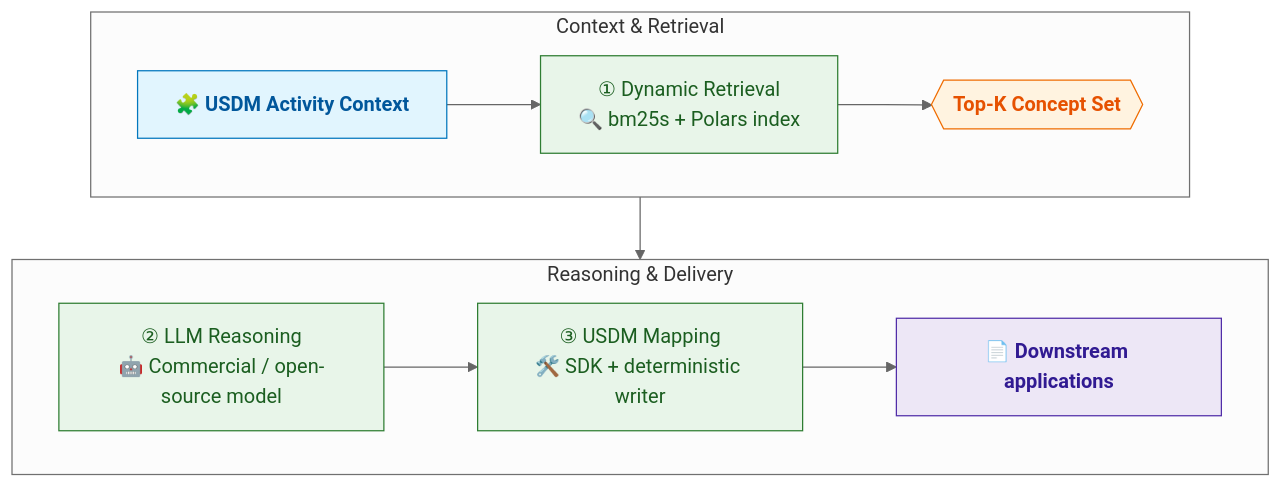
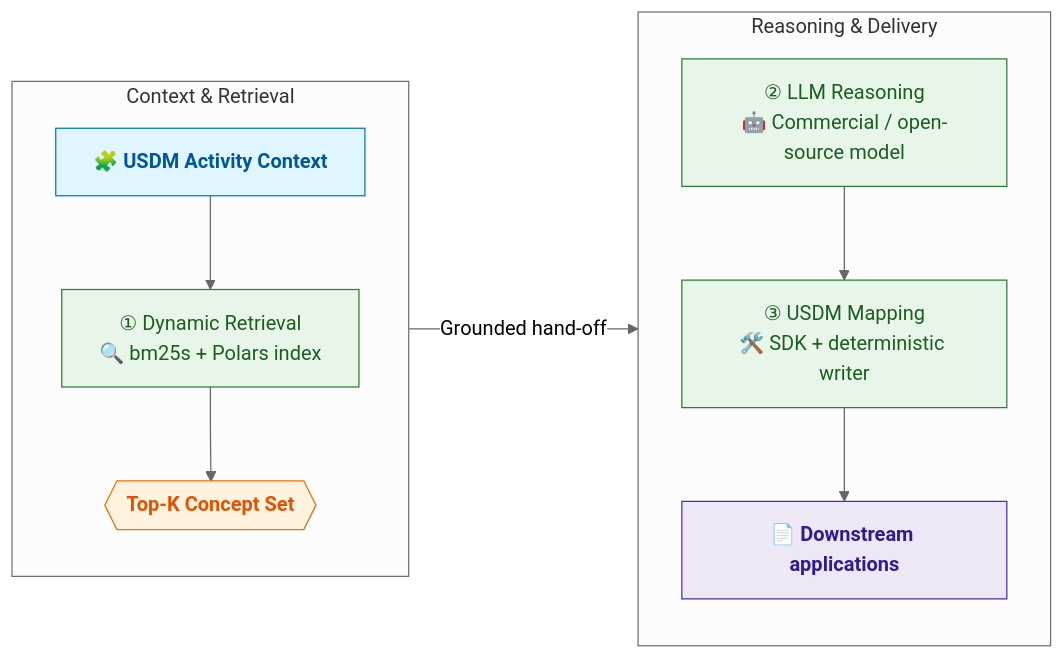
The diagram in README.md (AI-LENS/usdm-bc-mapper), drawn with Mermaid before and after one commit.

````diff
--- a/README.md
+++ b/README.md
@@ -55,25 +55,31 @@
 ```mermaid
 %%{init: {'theme':'neutral', 'flowchart': {'htmlLabels': true, 'curve': 'basis', 'wrap': true}}}%%
-flowchart TB
+flowchart LR
     subgraph L1[Context & Retrieval]
-        direction LR
-        A["🧩 USDM Activity Context"] --> B["① Dynamic Retrieval<br/>🔍 bm25s + Polars index"] --> C{{"Top-K Concept Set"}}
+        direction TB
+        A["🧩 USDM Activity Context"]
+        B["① Dynamic Retrieval<br/>🔍 bm25s + Polars index"]
+        C{{"Top-K Concept Set"}}
+        A --> B --> C
     end
 
     subgraph L2[Reasoning & Delivery]
-        direction LR
-        D["② LLM Reasoning<br/>🤖 Commercial / open-source model"] --> E["③ USDM Mapping<br/>🛠️ SDK + deterministic writer"] --> F["📄 Downstream applications"]
+        direction TB
+        D["② LLM Reasoning<br/>🤖 Commercial / open-source model"]
+        E["③ USDM Mapping<br/>🛠️ SDK + deterministic writer"]
+        F["📄 Downstream applications"]
+        D --> E --> F
     end
 
-    C --> D
+    C -->|Grounded hand-off| D
 
     classDef context fill:#E1F5FE,stroke:#0277BD,color:#01579B,font-weight:bold;
     classDef process fill:#E8F5E9,stroke:#2E7D32,color:#1B5E20;
     classDef decision fill:#FFF3E0,stroke:#EF6C00,color:#E65100,font-weight:bold;
     classDef output fill:#EDE7F6,stroke:#512DA8,color:#311B92,font-weight:bold;
 
     class A context
     class B,D,E process
     class C decision
     class F output
 ```
````
